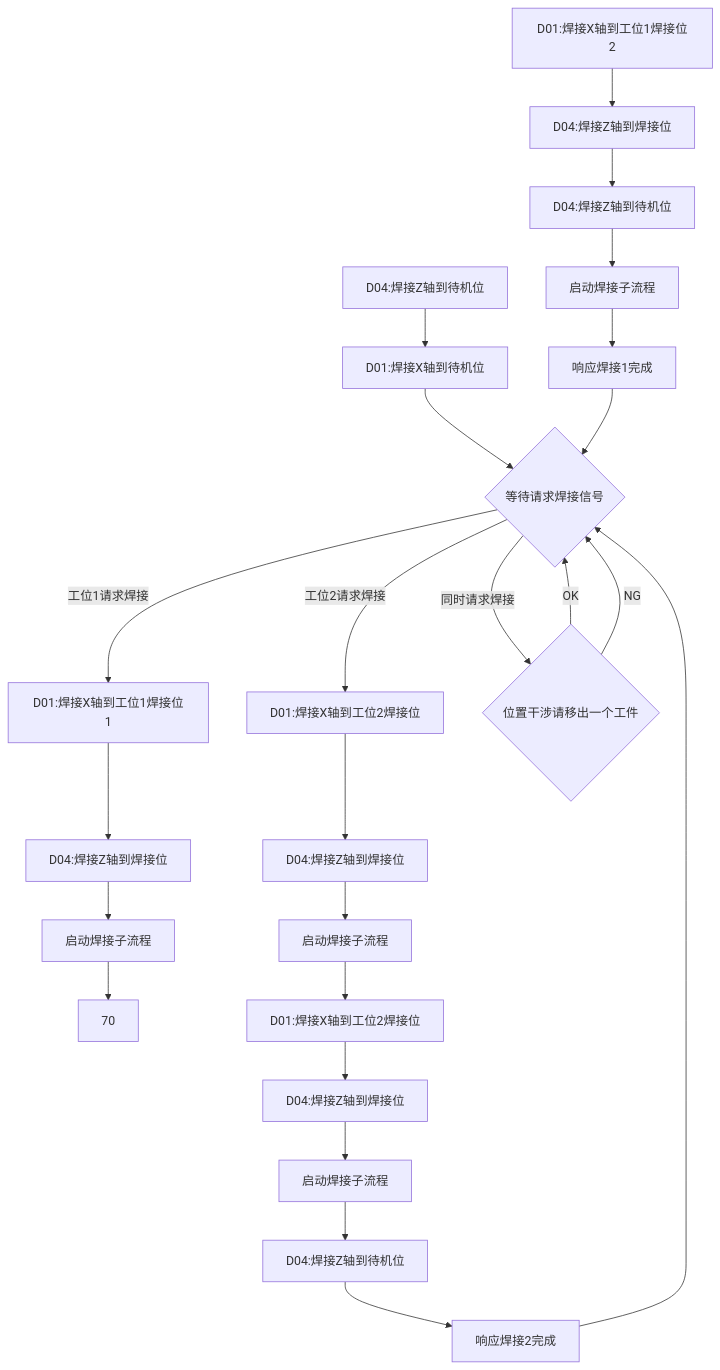
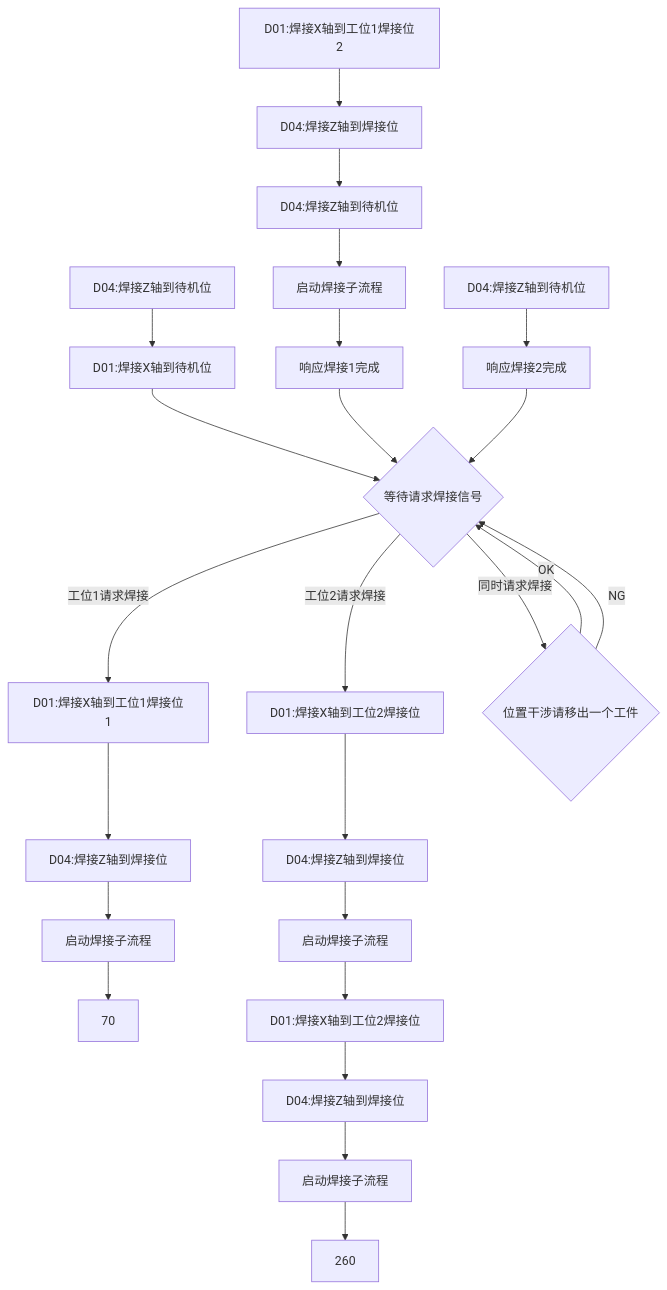
The diagram in all/OP20-1焊接工位自动流程.md (PengKun1/iodraw-files), drawn with Mermaid before and after one commit.

Commit message:
2024-08-07 14:12:28 update

````diff
--- a/all/OP20-1焊接工位自动流程.md
+++ b/all/OP20-1焊接工位自动流程.md
@@ -1,26 +1,26 @@
 ```mermaid
 graph TD
 10[D04:焊接Z轴到待机位]-->20
 20[D01:焊接X轴到待机位]-->30
 30{等待请求焊接信号}-->|工位1请求焊接|40
 30-->|工位2请求焊接|200
 30-->|同时请求焊接|900
 40[D01:焊接X轴到工位1焊接位1]-->50
 50[D04:焊接Z轴到焊接位]-->60
 60[启动焊接子流程]-->70
 80[D01:焊接X轴到工位1焊接位2]-->90
 90[D04:焊接Z轴到焊接位]-->100
 100[D04:焊接Z轴到待机位]-->110
 110[启动焊接子流程]-->120
 120[响应焊接1完成]-->30
 200[D01:焊接X轴到工位2焊接位]-->210
 210[D04:焊接Z轴到焊接位]-->220
 220[启动焊接子流程]-->230
 230[D01:焊接X轴到工位2焊接位]-->240
-240[D04:焊接Z轴到焊接位]-->260
-260[启动焊接子流程]-->270
+240[D04:焊接Z轴到焊接位]-->250
+250[启动焊接子流程]-->260
 270[D04:焊接Z轴到待机位]-->280
 280[响应焊接2完成]-->30
 900{位置干涉请移出一个工件}-->|OK|30
 900-->|NG|30
 ```
````
